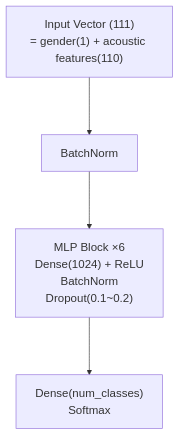
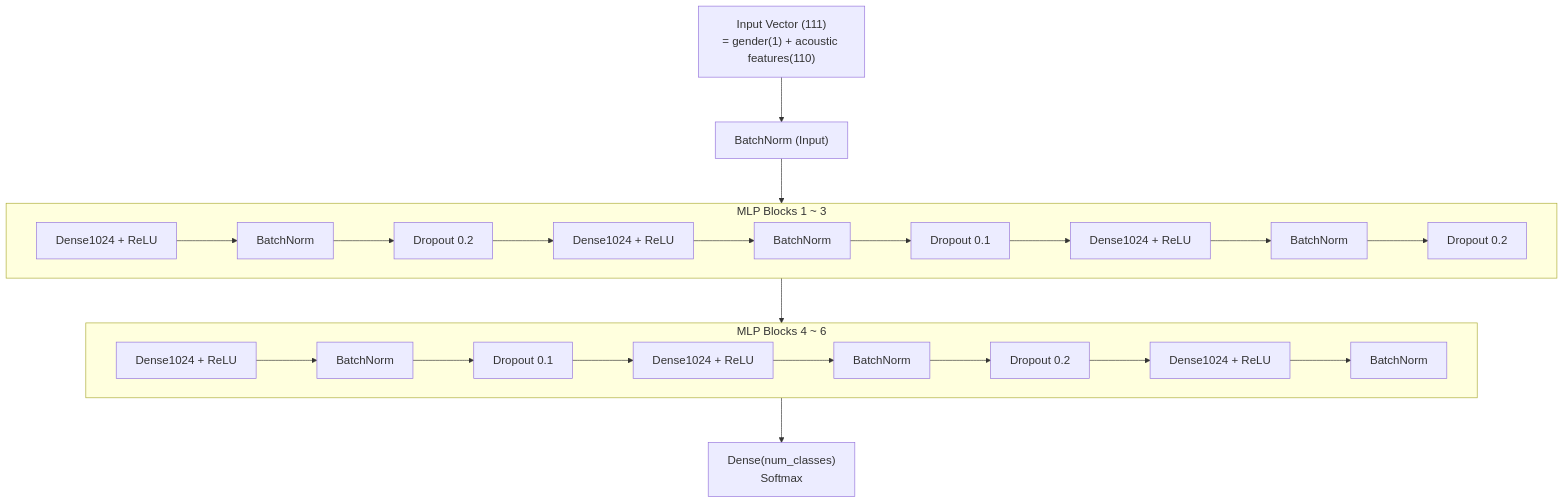
One commit to 1196cooky1196/voice-age-predict changed the second of 2 diagrams in README.md. Above: the diagram before and after it, drawn with Mermaid. The commit also changed other lines of this file, not shown here.

````diff
--- a/README.md
+++ b/README.md
@@ -66,7 +66,25 @@
 ```mermaid
-%%{init: {'themeVariables': {'fontSize':'18px'}, 'flowchart': {'nodeSpacing': 80, 'rankSpacing': 90}}}%%
+%%{init: {'themeVariables': {'fontSize':'18px'}, 'flowchart': {'nodeSpacing': 40, 'rankSpacing': 70}}}%%
 flowchart TB
-  X["Input Vector (111)\n= gender(1) + acoustic features(110)"] --> BN0["BatchNorm"]
-  BN0 --> BLK["MLP Block ×6\nDense(1024) + ReLU\nBatchNorm\nDropout(0.1~0.2)"]
-  BLK --> OUT["Dense(num_classes)\nSoftmax"]
+  X["Input Vector (111)\n= gender(1) + acoustic features(110)"] --> BN0["BatchNorm (Input)"]
+
+  %% Row 1: Blocks 1~3
+  BN0 --> B1
+  subgraph R1["MLP Blocks 1 ~ 3"]
+    direction LR
+    B1["Dense1024 + ReLU"] --> BN1["BatchNorm"] --> DP1["Dropout 0.2"]
+    DP1 --> B2["Dense1024 + ReLU"] --> BN2["BatchNorm"] --> DP2["Dropout 0.1"]
+    DP2 --> B3["Dense1024 + ReLU"] --> BN3["BatchNorm"] --> DP3["Dropout 0.2"]
+  end
+
+  %% Row 2: Blocks 4~6
+  DP3 --> B4
+  subgraph R2["MLP Blocks 4 ~ 6"]
+    direction LR
+    B4["Dense1024 + ReLU"] --> BN4["BatchNorm"] --> DP4["Dropout 0.1"]
+    DP4 --> B5["Dense1024 + ReLU"] --> BN5["BatchNorm"] --> DP5["Dropout 0.2"]
+    DP5 --> B6["Dense1024 + ReLU"] --> BN6["BatchNorm"]
+  end
+
+  BN6 --> OUT["Dense(num_classes)\nSoftmax"]
 ```
````
